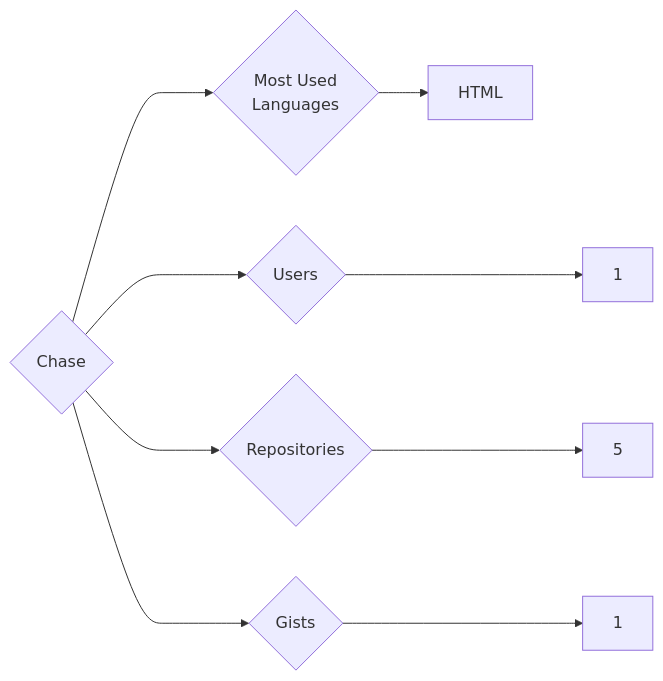
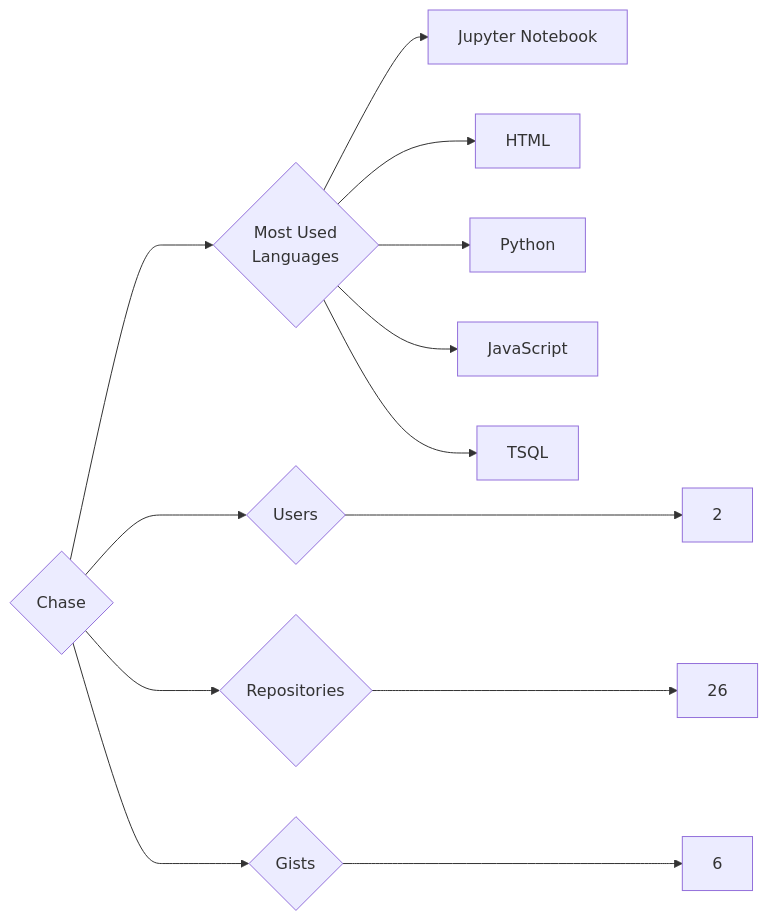
One commit to trickest/insiders changed the diagram in targets/Chase/README.md. Above: the diagram before and after it, drawn with Mermaid. The commit also changed 934 other files, not shown here.

````diff
--- a/targets/Chase/README.md
+++ b/targets/Chase/README.md
@@ -3,9 +3,13 @@
 ```mermaid
 graph LR
 COMPANY_NAME{Chase}
-COMPANY_NAME ---> U{Users} ---> UN[1]
-COMPANY_NAME ---> R{Repositories} ---> RN[5]
-COMPANY_NAME ---> G{Gists} ---> GN[1]
+COMPANY_NAME ---> U{Users} ---> UN[2]
+COMPANY_NAME ---> R{Repositories} ---> RN[26]
+COMPANY_NAME ---> G{Gists} ---> GN[6]
 COMPANY_NAME ---> ML{Most Used<br>Languages}
+ML --> Jupyter_Notebook[Jupyter Notebook]
 ML --> HTML[HTML]
+ML --> Python[Python]
+ML --> JavaScript[JavaScript]
+ML --> TSQL[TSQL]
 ```
````
